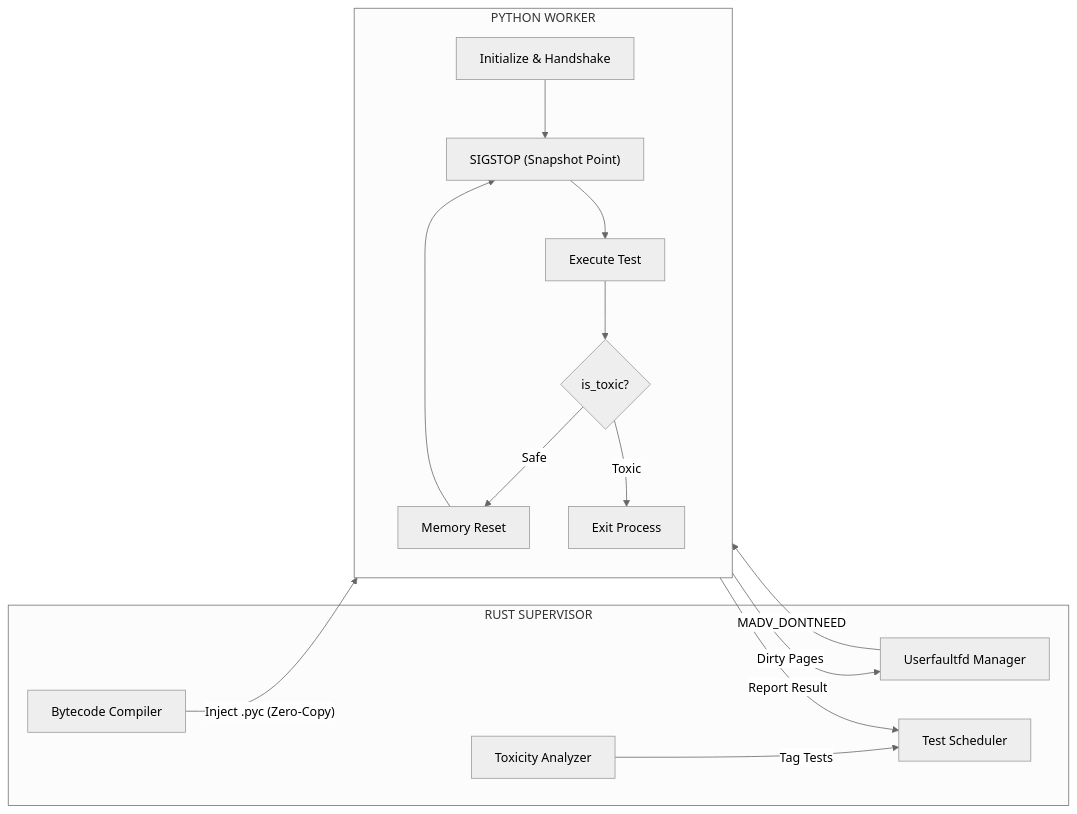
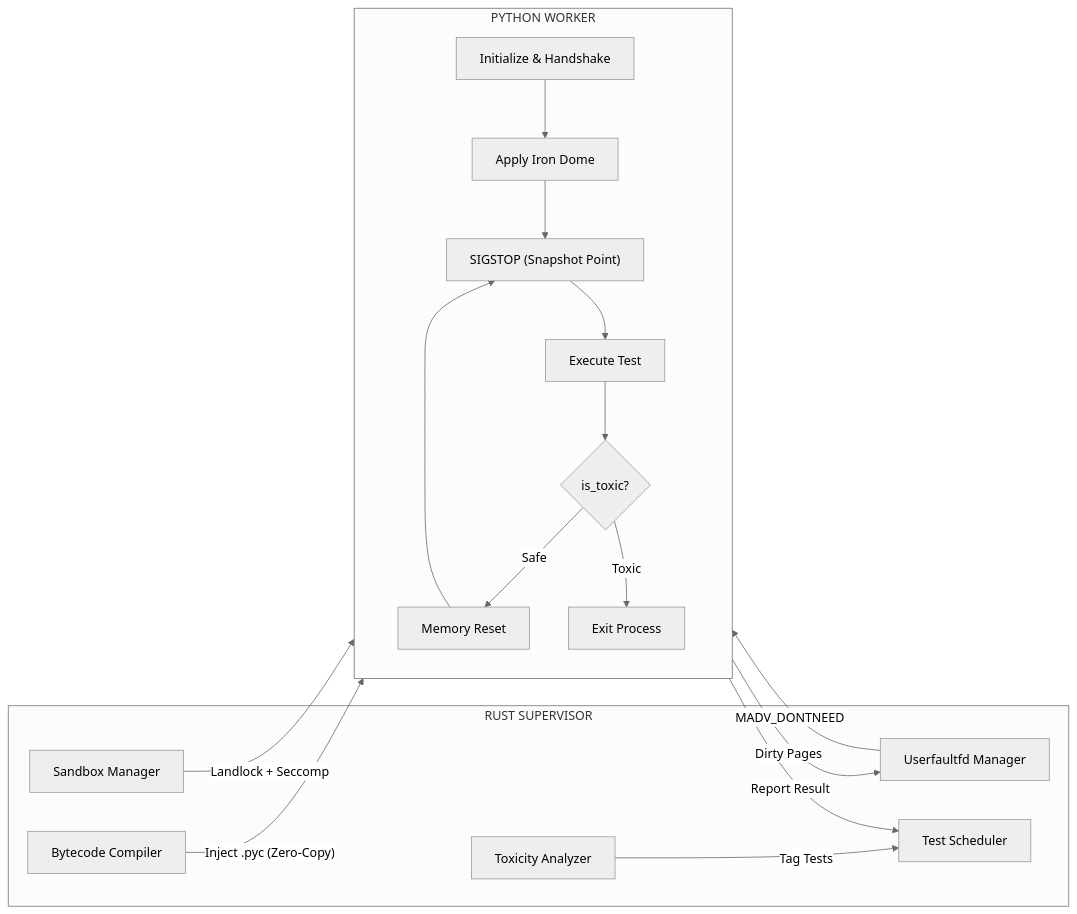
Before and after one commit to NikkeTryHard/tach-core: the first of 9 diagrams in README.md, drawn with Mermaid (neutral theme). The commit also changed other lines of this file, not shown here.

````diff
--- a/README.md
+++ b/README.md
@@ -97,31 +110,34 @@
 ```mermaid
 flowchart LR
     subgraph Supervisor["RUST SUPERVISOR"]
         Compiler["Bytecode Compiler"]
         Uffd["Userfaultfd Manager"]
         Scheduler["Test Scheduler"]
         ToxicityGraph["Toxicity Analyzer"]
+        Sandbox["Sandbox Manager"]
     end
 
     subgraph Worker["PYTHON WORKER"]
         direction TB
         Init["Initialize & Handshake"]
+        IronDome["Apply Iron Dome"]
         Snapshot["SIGSTOP (Snapshot Point)"]
         Run["Execute Test"]
         Decision{is_toxic?}
         Reset["Memory Reset"]
         Exit["Exit Process"]
     end
 
     Compiler -->|"Inject .pyc (Zero-Copy)"| Init
     ToxicityGraph -->|"Tag Tests"| Scheduler
-    Init --> Snapshot
+    Sandbox -->|"Landlock + Seccomp"| IronDome
+    Init --> IronDome --> Snapshot
     Snapshot --> Run
     Run -->|"Report Result"| Scheduler
     Run --> Decision
     Decision -->|"Safe"| Reset
     Decision -->|"Toxic"| Exit
     Reset -->|"Dirty Pages"| Uffd
     Uffd -->|"MADV_DONTNEED"| Reset
     Reset --> Snapshot
 ```
````
